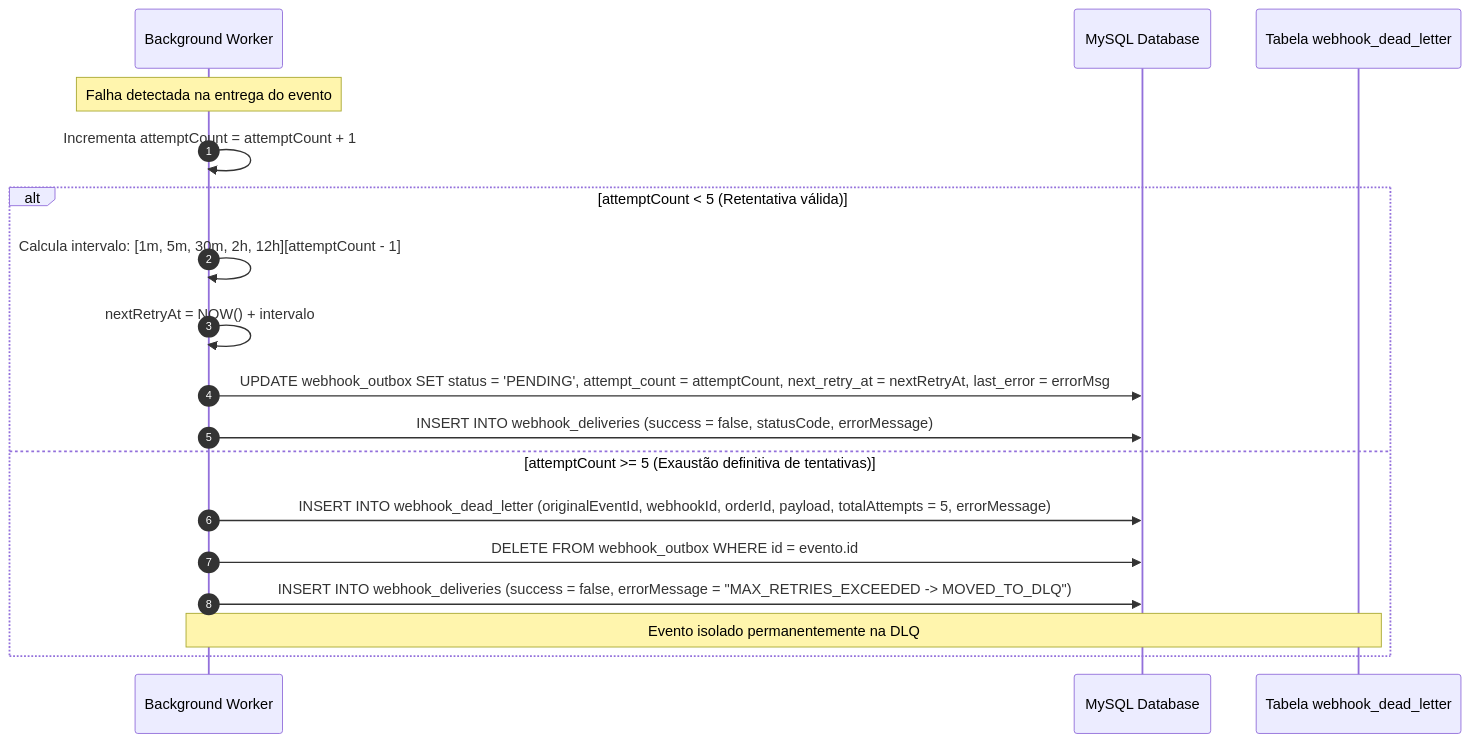
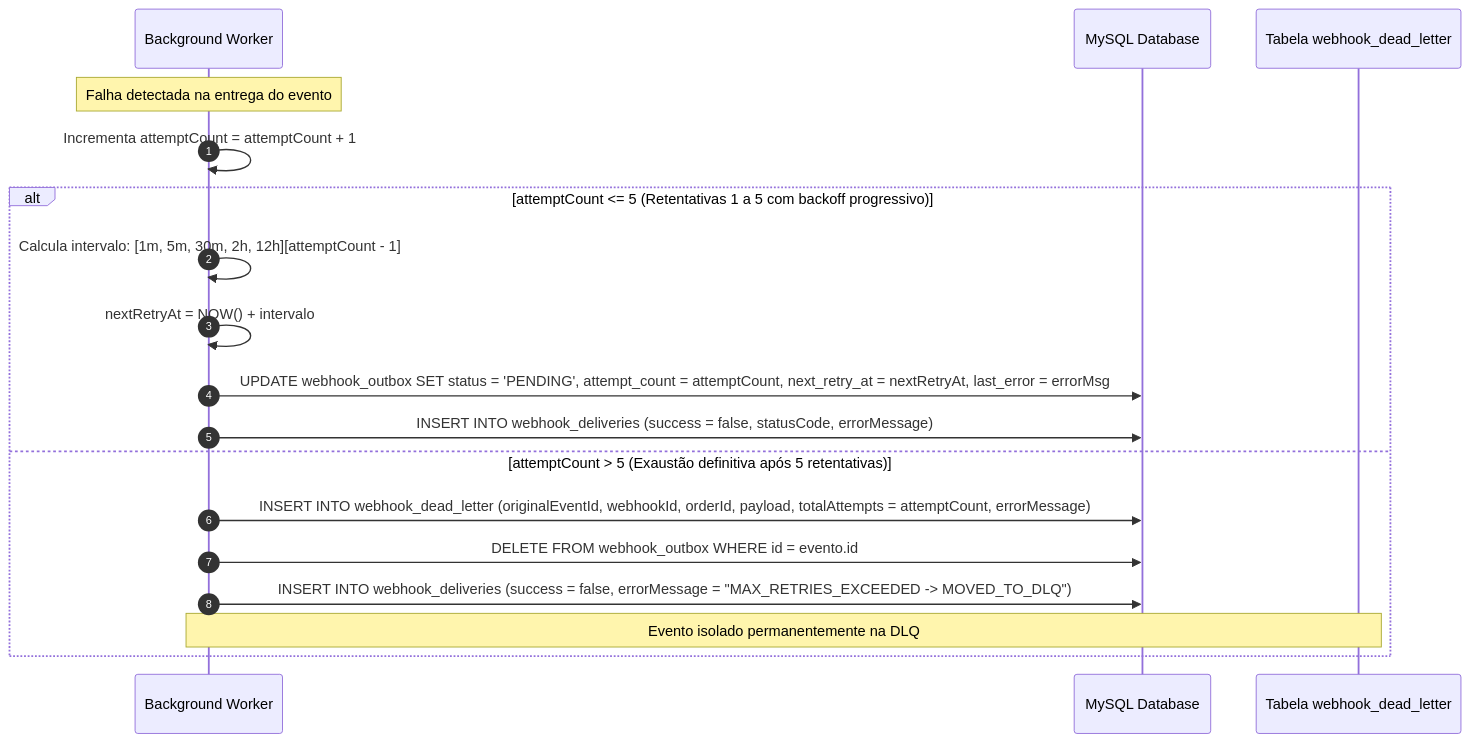
Before and after one commit to philipphahmann/fc3_design_docs: the fourth of 4 diagrams in docs/F001/FDD.md, drawn with Mermaid. The commit also changed other lines of this file and 7 other files, not shown here.

````diff
--- a/docs/F001/FDD.md
+++ b/docs/F001/FDD.md
@@ -287,22 +287,22 @@
 ```mermaid
 sequenceDiagram
     autonumber
     participant Worker as Background Worker
     participant DB as MySQL Database
     participant DLQ as Tabela webhook_dead_letter
 
     Note over Worker: Falha detectada na entrega do evento
     Worker->>Worker: Incrementa attemptCount = attemptCount + 1
     
-    alt attemptCount < 5 (Retentativa válida)
+    alt attemptCount <= 5 (Retentativas 1 a 5 com backoff progressivo)
         Worker->>Worker: Calcula intervalo: [1m, 5m, 30m, 2h, 12h][attemptCount - 1]
         Worker->>Worker: nextRetryAt = NOW() + intervalo
         Worker->>DB: UPDATE webhook_outbox SET status = 'PENDING', attempt_count = attemptCount, next_retry_at = nextRetryAt, last_error = errorMsg
         Worker->>DB: INSERT INTO webhook_deliveries (success = false, statusCode, errorMessage)
-    else attemptCount >= 5 (Exaustão definitiva de tentativas)
-        Worker->>DB: INSERT INTO webhook_dead_letter (originalEventId, webhookId, orderId, payload, totalAttempts = 5, errorMessage)
+    else attemptCount > 5 (Exaustão definitiva após 5 retentativas)
+        Worker->>DB: INSERT INTO webhook_dead_letter (originalEventId, webhookId, orderId, payload, totalAttempts = attemptCount, errorMessage)
         Worker->>DB: DELETE FROM webhook_outbox WHERE id = evento.id
         Worker->>DB: INSERT INTO webhook_deliveries (success = false, errorMessage = "MAX_RETRIES_EXCEEDED -> MOVED_TO_DLQ")
         Note over Worker,DLQ: Evento isolado permanentemente na DLQ
     end
 ```
````
